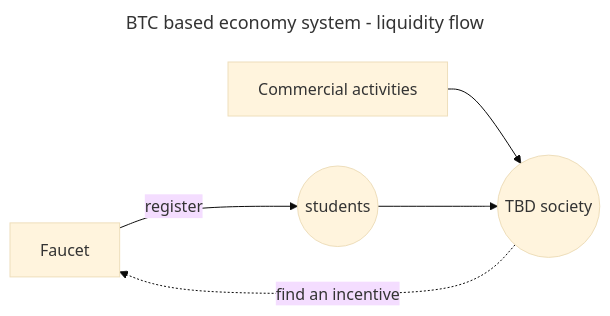
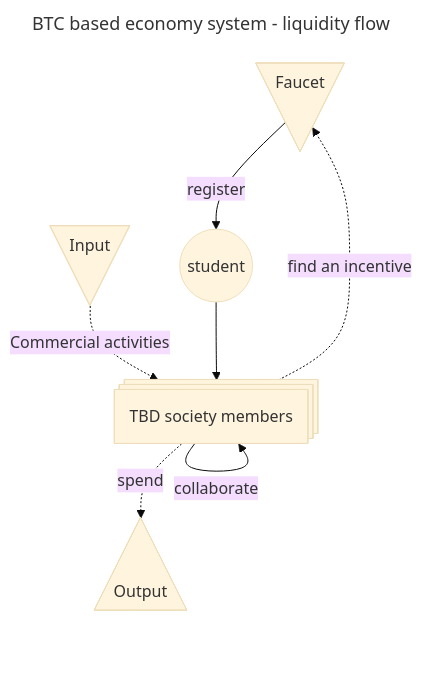
One commit to cromatikap/coin-society changed the diagram in README.md. Above: the diagram before and after it, drawn with Mermaid (base theme).

````diff
--- a/README.md
+++ b/README.md
@@ -38,10 +38,12 @@
 ```mermaid
 ---
 title: BTC based economy system - liquidity flow
 ---
-flowchart LR
-    Faucet --register--> Students((students))
-    Commercial[Commercial activities] --> TBDsociety
-    Students --> TBDsociety((TBD society))
+flowchart TD
+    Faucet@{ shape: flip-tri } --register--> Students((student))
+    Commercial@{ shape: flip-tri, label: Input } -. Commercial activities .-> TBDsociety
+    Students --> TBDsociety@{ shape: procs, label: "TBD society members"}
     TBDsociety -.find an incentive.-> Faucet
+    TBDsociety -- collaborate --> TBDsociety
+    TBDsociety -. spend .-> Output@{ shape: tri }
 ```
````
